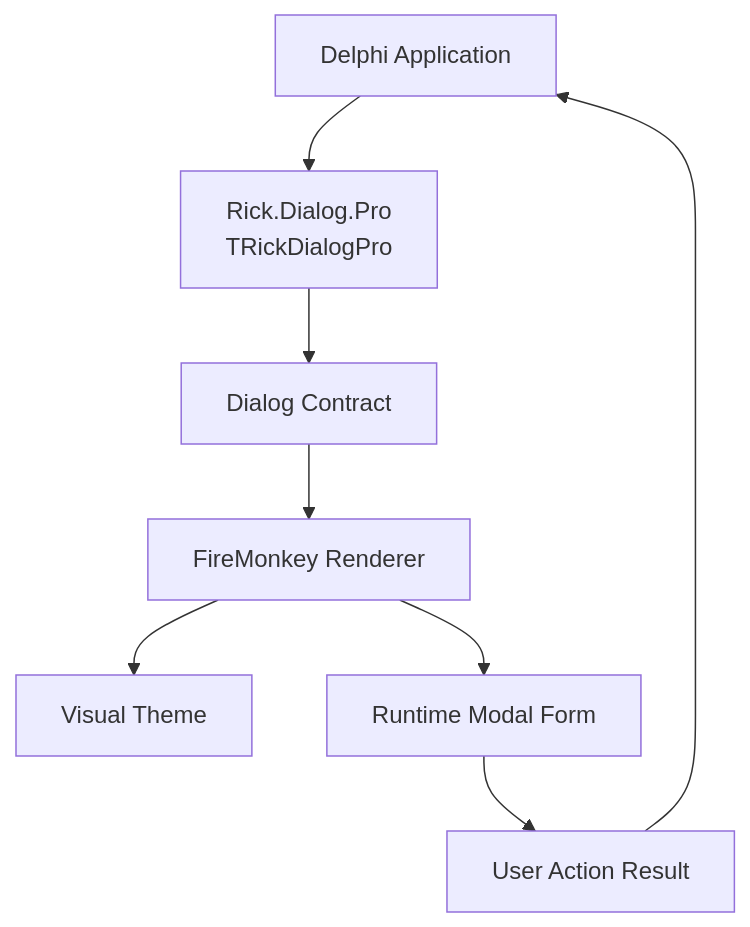
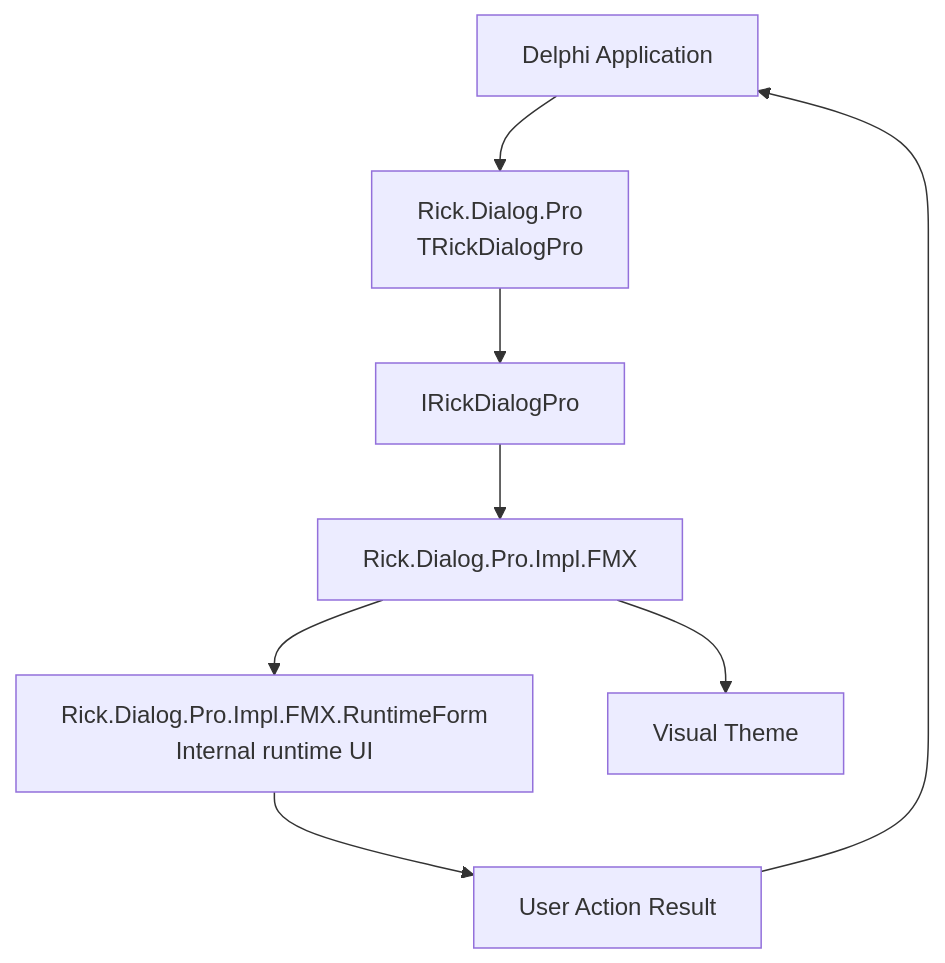
Before and after one commit to ricksolucoes/RickDialogPro: the first of 2 diagrams in README.md, drawn with Mermaid. The commit also changed other lines of this file and 27 other files, not shown here.

````diff
--- a/README.md
+++ b/README.md
@@ -83,10 +84,10 @@
 ```mermaid
 flowchart TD
     APP[Delphi Application] --> API[Rick.Dialog.Pro\nTRickDialogPro]
-    API --> CONTRACT[Dialog Contract]
-    CONTRACT --> RENDERER[FireMonkey Renderer]
-    RENDERER --> THEME[Visual Theme]
-    RENDERER --> FORM[Runtime Modal Form]
-    FORM --> RESULT[User Action Result]
+    API --> CONTRACT[IRickDialogPro]
+    CONTRACT --> IMPL[Rick.Dialog.Pro.Impl.FMX]
+    IMPL --> RUNTIME[Rick.Dialog.Pro.Impl.FMX.RuntimeForm\nInternal runtime UI]
+    IMPL --> THEME[Visual Theme]
+    RUNTIME --> RESULT[User Action Result]
     RESULT --> APP
 ```
````
